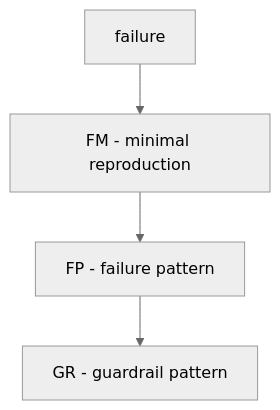
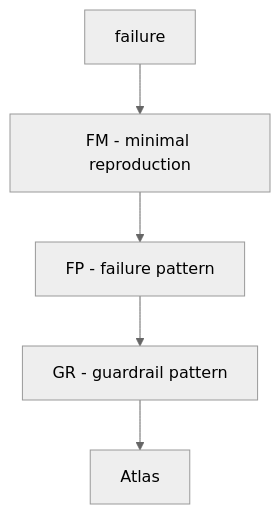
One commit to failuresmith/failure_atlas changed the diagram in README.md. Above: the diagram before and after it, drawn with Mermaid (neutral theme). The commit also changed other lines of this file and 16 other files, not shown here.

````diff
--- a/README.md
+++ b/README.md
@@ -24,7 +24,8 @@
 ```mermaid
 flowchart TD
   A[failure]
   A --> B[FM - minimal reproduction]
   B --> C[FP - failure pattern]
   C --> D[GR - guardrail pattern]
+  D --> E[Atlas]
 ```
````
